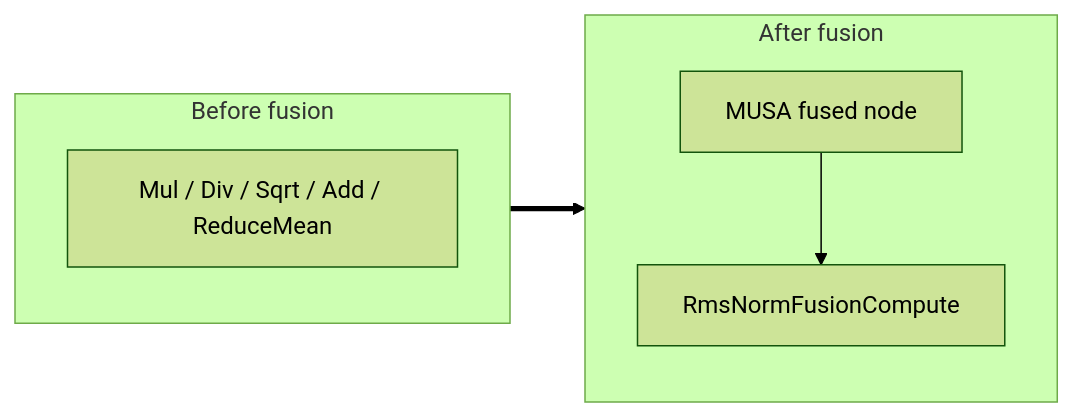
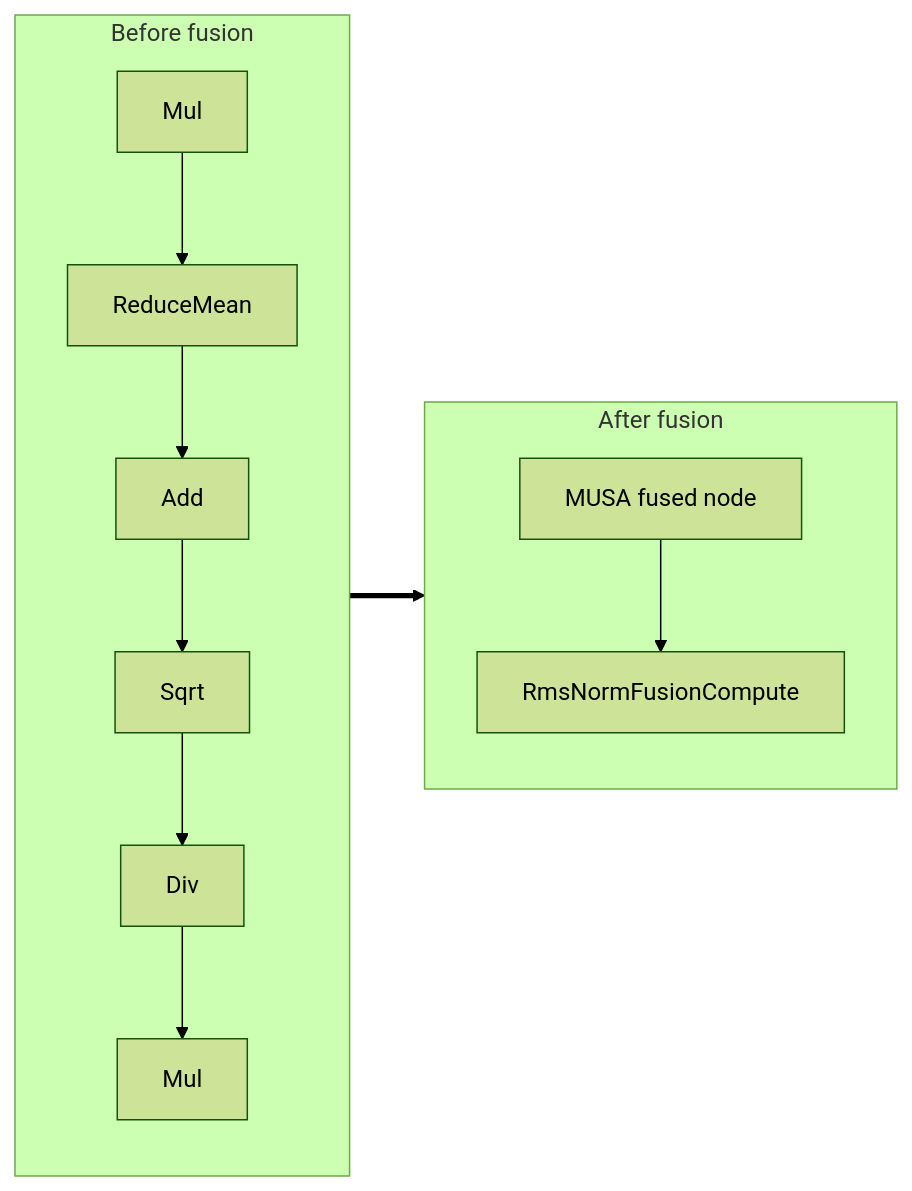
One commit to MooreThreads/onnxruntime-musa changed the diagram in musa/docs/fusion/rms_norm.md. Above: the diagram before and after it, drawn with Mermaid (forest theme). The commit also changed other lines of this file and 13 other files, not shown here.

````diff
--- a/musa/docs/fusion/rms_norm.md
+++ b/musa/docs/fusion/rms_norm.md
@@ -22,12 +23,22 @@
 ```mermaid
 flowchart LR
   subgraph Before[Before fusion]
-    B0["Mul / Div / Sqrt / Add / ReduceMean"]
+    B0["Mul"]
+    B1["ReduceMean"]
+    B2["Add"]
+    B3["Sqrt"]
+    B4["Div"]
+    B5["Mul"]
+    B0 --> B1
+    B1 --> B2
+    B2 --> B3
+    B3 --> B4
+    B4 --> B5
   end
   subgraph After[After fusion]
     A0["MUSA fused node"]
     A1["RmsNormFusionCompute"]
     A0 --> A1
   end
   Before ==> After
 ```
````
